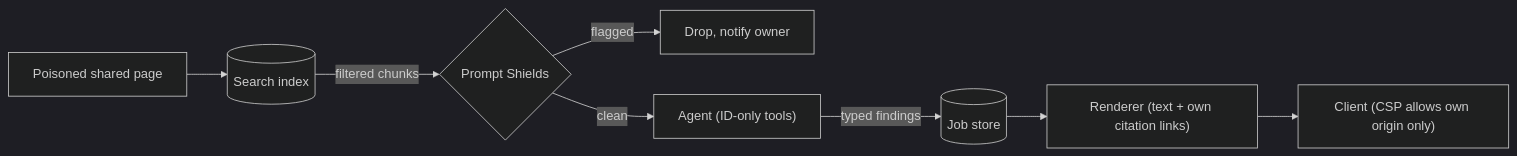
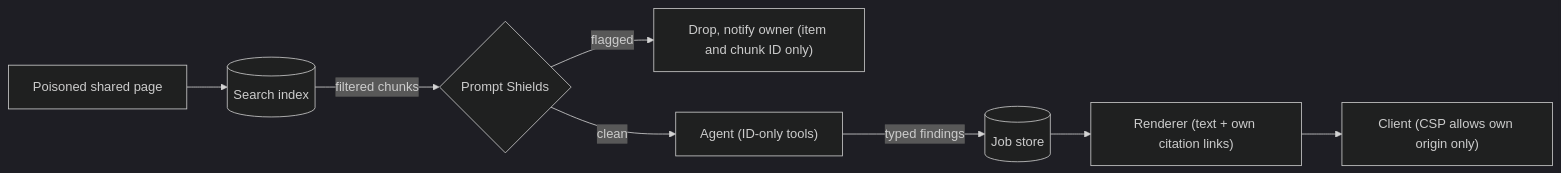
One commit to spabolu/system-design-modern changed the seventh of 9 diagrams in docs/06-case-studies/enterprise-research-assistant.md. Above: the diagram before and after it, drawn with Mermaid (dark theme). The commit also changed other lines of this file, not shown here.

````diff
--- a/docs/06-case-studies/enterprise-research-assistant.md
+++ b/docs/06-case-studies/enterprise-research-assistant.md
@@ -441,10 +440,10 @@
 ```mermaid
 flowchart LR
   DOC["Poisoned shared page"] --> IDX[("Search index")]
   IDX -->|"filtered chunks"| SH{"Prompt Shields"}
-  SH -->|flagged| OWN["Drop, notify owner"]
+  SH -->|flagged| OWN["Drop, notify owner (item and chunk ID only)"]
   SH -->|clean| AG["Agent (ID-only tools)"]
   AG -->|"typed findings"| JS[("Job store")]
   JS --> RND["Renderer (text + own citation links)"]
   RND --> C["Client (CSP allows own origin only)"]
 ```
````
